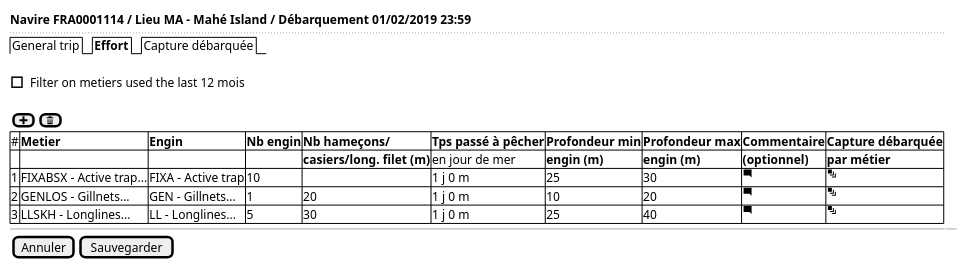
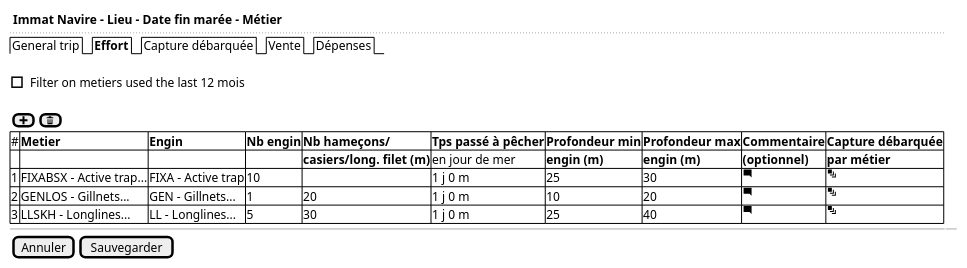
Before and after one commit to sumaris-net/sumaris-doc: the diagram in use-case/collect/trip/landing-ui-effort.puml, drawn with PlantUML. The commit also changed 7 other files, not shown here.

```diff
--- a/use-case/collect/trip/landing-ui-effort.puml
+++ b/use-case/collect/trip/landing-ui-effort.puml
@@ -1,23 +1,23 @@
 @startsalt
 {
-  <b>Navire FRA0001114 / Lieu MA - Mahé Island / Débarquement 01/02/2019 23:59
+  <b> Immat Navire - Lieu - Date fin marée - Métier
   ..
-  {/ General trip | <b>Effort | Capture débarquée }
+  {/ General trip | <b>Effort | Capture débarquée | Vente | Dépenses }
   .
   [] Filter on metiers used the last 12 mois
   .
   {[<&plus>]  | [<&trash>]}
 
   {#
   # | <b>Metier                | <b>Engin   | <b>Nb engin | <b>Nb hameçons/             | <b>Tps passé à pêcher | <b>Profondeur min | <b>Profondeur max  | <b>Commentaire  | <b>Capture débarquée
   . | .                        | .          | .           | <b>casiers/long. filet (m)  | en jour de mer        | <b>engin (m)      | <b>engin (m)       | <b>(optionnel)  | <b>par métier
   1 | FIXABSX - Active trap... | FIXA - Active trap   | 10 | . | 1 j 0 m | 25 | 30 | <&comment-square> | <&layers>
   2 | GENLOS - Gillnets...     | GEN - Gillnets...    | 1 | 20 | 1 j 0 m | 10 | 20 | <&comment-square> | <&layers>
   3 | LLSKH - Longlines...     | LL - Longlines...    | 5 | 30 | 1 j 0 m | 25 | 40 | <&comment-square> | <&layers>
   }
 
   -- | --
 
   {[Annuler] | [Sauvegarder]}
 }
 @endsalt
```
